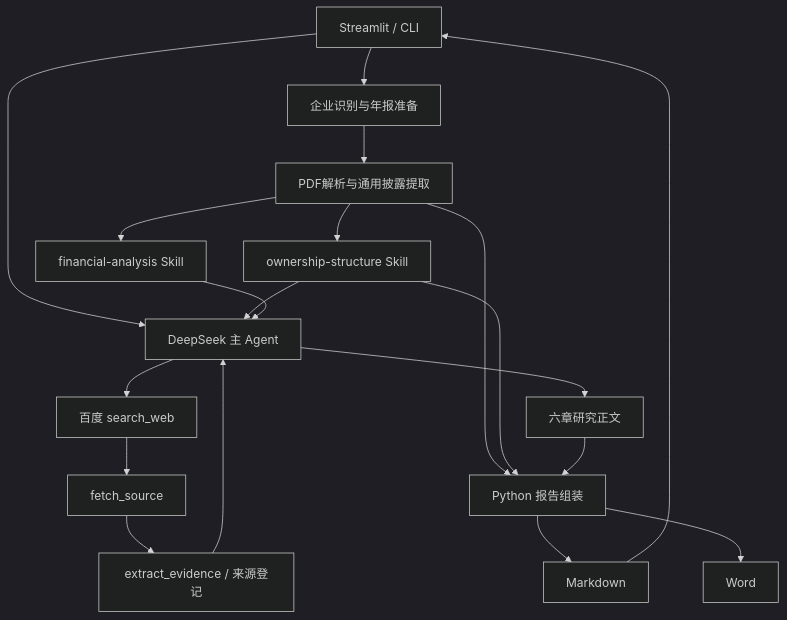
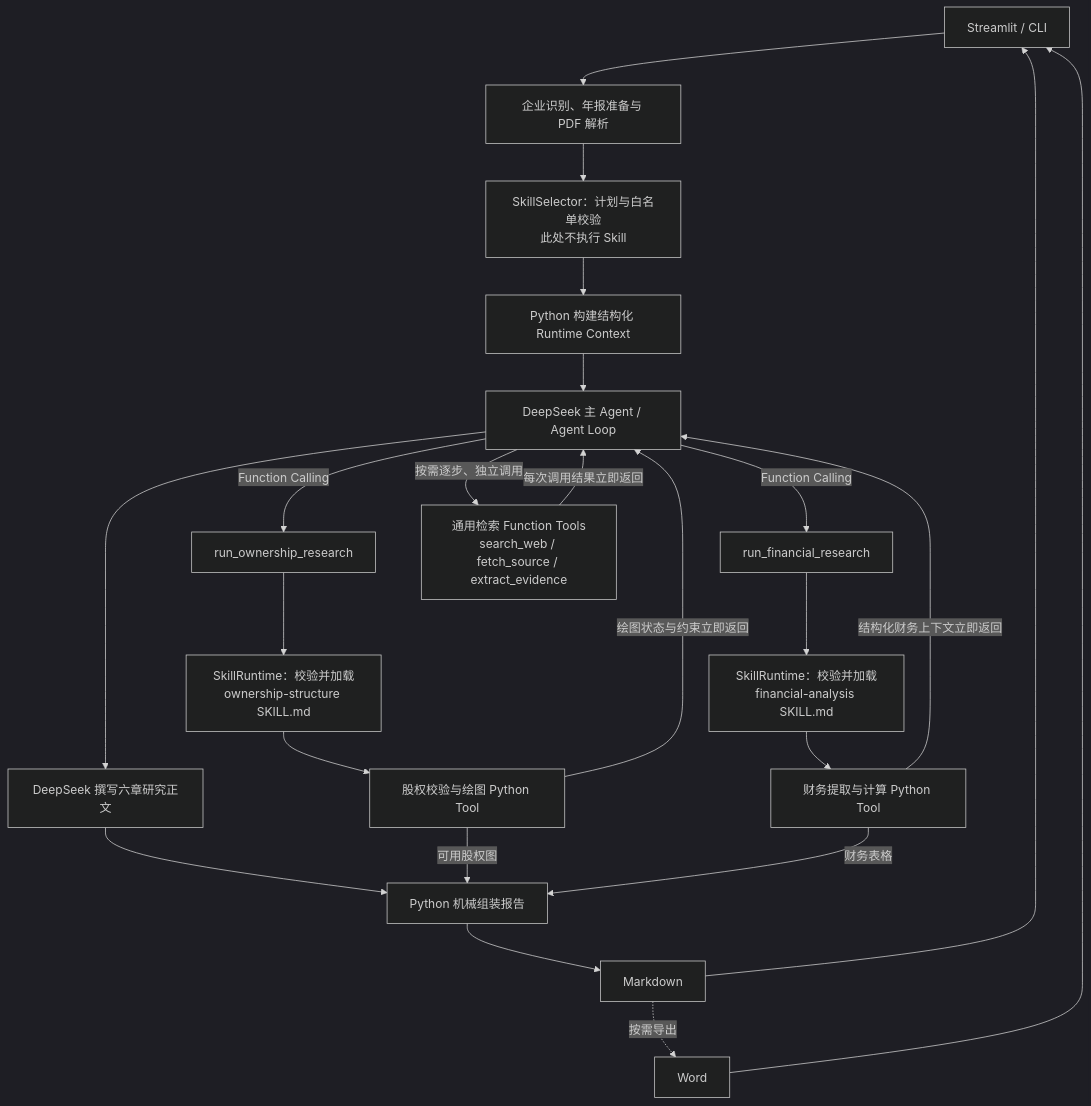
Before and after one commit to junzeliu6/corporate-credit-research-agent: the diagram in README.md, drawn with Mermaid (dark theme).

Commit message:
docs: correct agent skill workflow diagram

````diff
--- a/README.md
+++ b/README.md
@@ -76,21 +76,29 @@
 ```mermaid
 flowchart TD
-    UI[Streamlit / CLI] --> PREP[企业识别与年报准备]
-    PREP --> PDF[PDF解析与通用披露提取]
-    PDF --> OWN[ownership-structure Skill]
-    PDF --> FIN[financial-analysis Skill]
-    UI --> AGENT[DeepSeek 主 Agent]
-    OWN --> AGENT
-    FIN --> AGENT
-    AGENT --> SEARCH[百度 search_web]
-    SEARCH --> FETCH[fetch_source]
-    FETCH --> EVIDENCE[extract_evidence / 来源登记]
-    EVIDENCE --> AGENT
-    AGENT --> DRAFT[六章研究正文]
-    PDF --> REPORT[Python 报告组装]
-    OWN --> REPORT
-    DRAFT --> REPORT
+    UI[Streamlit / CLI] --> PREP[企业识别、年报准备与 PDF 解析]
+    PREP --> PLAN[SkillSelector：计划与白名单校验<br/>此处不执行 Skill]
+    PLAN --> CONTEXT[Python 构建结构化 Runtime Context]
+    CONTEXT --> AGENT[DeepSeek 主 Agent / Agent Loop]
+
+    AGENT -->|Function Calling| OWN_FUNC[run_ownership_research]
+    OWN_FUNC --> OWN_SKILL[SkillRuntime：校验并加载<br/>ownership-structure SKILL.md]
+    OWN_SKILL --> OWN_TOOL[股权校验与绘图 Python Tool]
+    OWN_TOOL -->|绘图状态与约束立即返回| AGENT
+
+    AGENT -->|Function Calling| FIN_FUNC[run_financial_research]
+    FIN_FUNC --> FIN_SKILL[SkillRuntime：校验并加载<br/>financial-analysis SKILL.md]
+    FIN_SKILL --> FIN_TOOL[财务提取与计算 Python Tool]
+    FIN_TOOL -->|结构化财务上下文立即返回| AGENT
+
+    AGENT -->|按需逐步、独立调用| RETRIEVAL[通用检索 Function Tools<br/>search_web / fetch_source / extract_evidence]
+    RETRIEVAL -->|每次调用结果立即返回| AGENT
+
+    AGENT --> DRAFT[DeepSeek 撰写六章研究正文]
+    DRAFT --> REPORT[Python 机械组装报告]
+    OWN_TOOL -->|可用股权图| REPORT
+    FIN_TOOL -->|财务表格| REPORT
     REPORT --> MD[Markdown]
-    REPORT --> DOCX[Word]
     MD --> UI
+    MD -.->|按需导出| DOCX[Word]
+    DOCX --> UI
 ```
````
